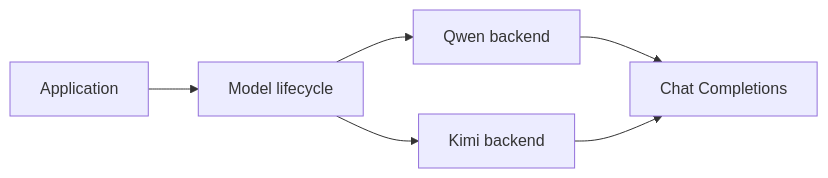
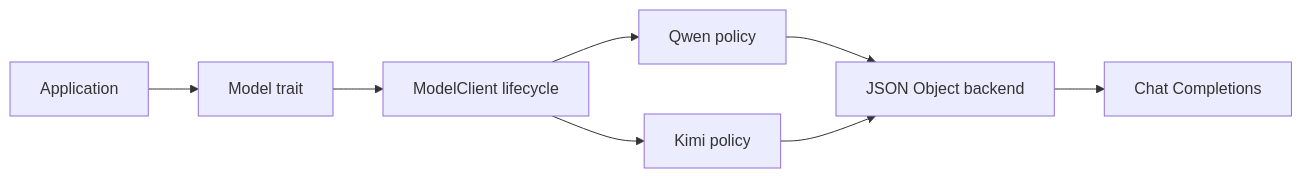
One commit to agentty-xyz/agentty changed the diagram in docs/site/content/docs/architecture/ag-harness-design.md. Above: the diagram before and after it, drawn with Mermaid. The commit also changed other lines of this file and 13 other files, not shown here.

First line of the commit message:
ModelClient owns the shared request lifecycle

````diff
--- a/docs/site/content/docs/architecture/ag-harness-design.md
+++ b/docs/site/content/docs/architecture/ag-harness-design.md
@@ -12,8 +12,10 @@
 ```mermaid
 flowchart LR
-    A[Application] --> M[Model lifecycle]
-    M --> Q[Qwen backend]
-    M --> K[Kimi backend]
-    Q --> C[Chat Completions]
-    K --> C
+    A[Application] --> T[Model trait]
+    T --> M[ModelClient lifecycle]
+    M --> Q[Qwen policy]
+    M --> K[Kimi policy]
+    Q --> J[JSON Object backend]
+    K --> J
+    J --> C[Chat Completions]
 ```
````
